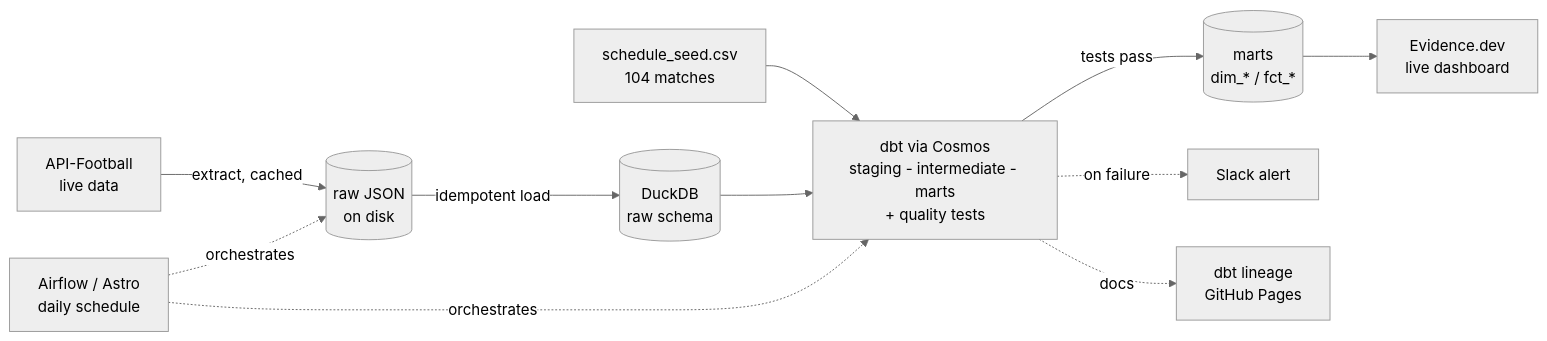
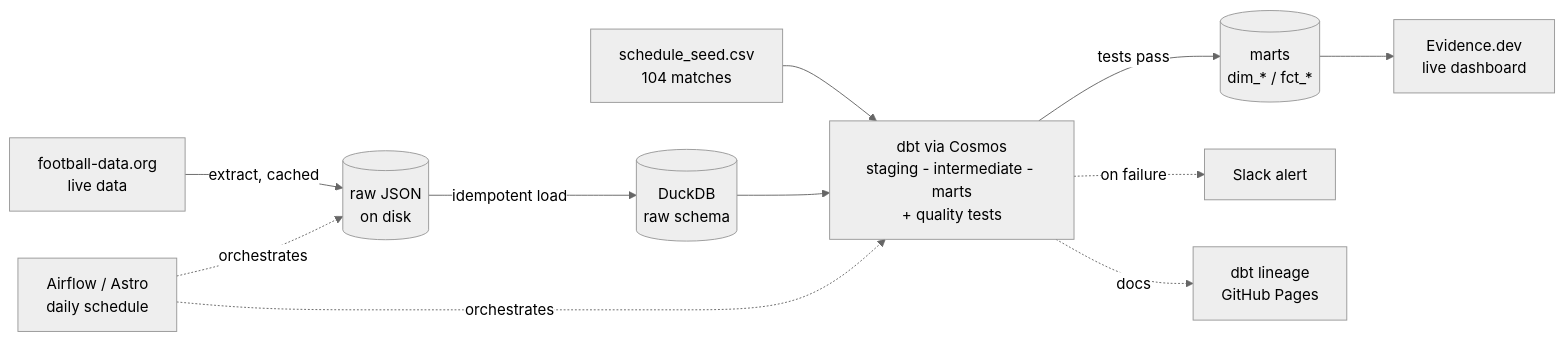
One commit to aatrey56/worldcup26-elt changed the diagram in README.md. Above: the diagram before and after it, drawn with Mermaid (neutral theme). The commit also changed 14 other files, not shown here.

First line of the commit message:
feat: live ingestion from football-data.org (Phase 1)

````diff
--- a/README.md
+++ b/README.md
@@ -11,13 +11,13 @@
 ```mermaid
 flowchart LR
-    api[API-Football<br/>live data] -->|extract, cached| raw[(raw JSON<br/>on disk)]
+    api[football-data.org<br/>live data] -->|extract, cached| raw[(raw JSON<br/>on disk)]
     seed[schedule_seed.csv<br/>104 matches] --> dbt
     raw -->|idempotent load| duck[(DuckDB<br/>raw schema)]
     duck --> dbt[dbt via Cosmos<br/>staging - intermediate - marts<br/>+ quality tests]
     dbt -->|tests pass| marts[(marts<br/>dim_* / fct_*)]
     marts --> dash[Evidence.dev<br/>live dashboard]
     airflow[Airflow / Astro<br/>daily schedule] -.orchestrates.-> raw
     airflow -.orchestrates.-> dbt
     dbt -.on failure.-> slack[Slack alert]
     dbt -.docs.-> pages[dbt lineage<br/>GitHub Pages]
 ```
````
